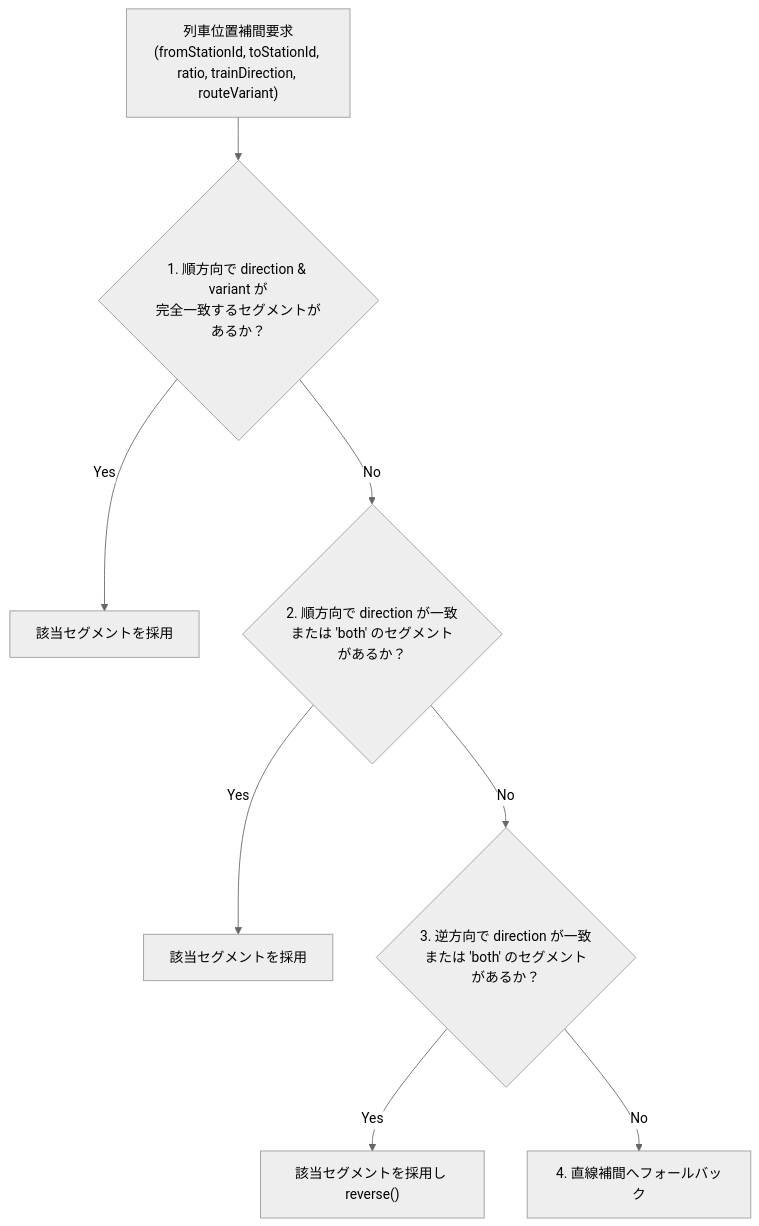
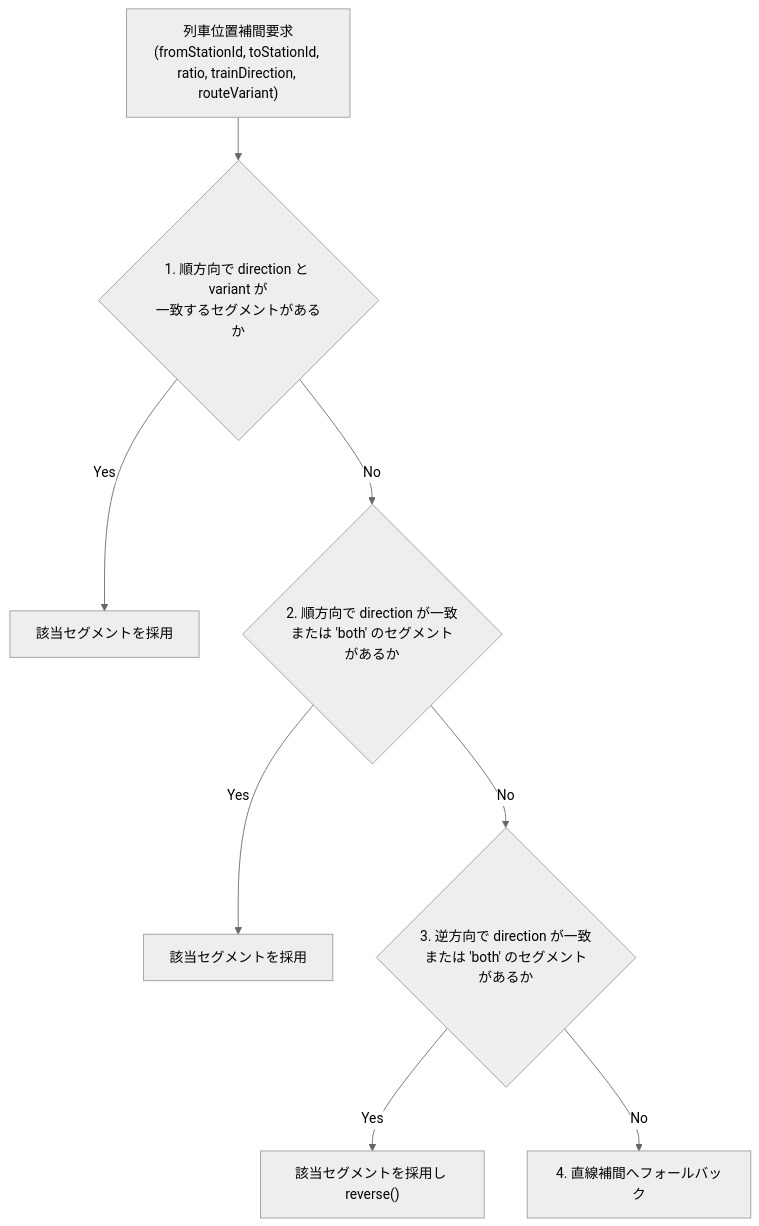
The second of 4 diagrams in docs/ASYMMETRIC_TRACK_ROUTING_GUIDELINES.md (GenbuHase/Trainfo), drawn with Mermaid (neutral theme) before and after one commit. The commit also changed other lines of this file and 9 other files, not shown here.

````diff
--- a/docs/ASYMMETRIC_TRACK_ROUTING_GUIDELINES.md
+++ b/docs/ASYMMETRIC_TRACK_ROUTING_GUIDELINES.md
@@ -139,10 +137,10 @@
 ```mermaid
 flowchart TD
-    Start["列車位置補間要求<br/>(fromStationId, toStationId, ratio, trainDirection, routeVariant)"] --> Step1{"1. 順方向で direction & variant が<br/>完全一致するセグメントがあるか？"}
+    Start["列車位置補間要求<br/>(fromStationId, toStationId, ratio, trainDirection, routeVariant)"] --> Step1{"1. 順方向で direction と variant が<br/>一致するセグメントがあるか"}
     Step1 -- "Yes" --> Found1["該当セグメントを採用"]
-    Step1 -- "No" --> Step2{"2. 順方向で direction が一致<br/>または 'both' のセグメントがあるか？"}
+    Step1 -- "No" --> Step2{"2. 順方向で direction が一致<br/>または 'both' のセグメントがあるか"}
     Step2 -- "Yes" --> Found2["該当セグメントを採用"]
-    Step2 -- "No" --> Step3{"3. 逆方向で direction が一致<br/>または 'both' のセグメントがあるか？"}
+    Step2 -- "No" --> Step3{"3. 逆方向で direction が一致<br/>または 'both' のセグメントがあるか"}
     Step3 -- "Yes" --> Found3["該当セグメントを採用し reverse()"]
     Step3 -- "No" --> Fallback["4. 直線補間へフォールバック"]
 ```
````
